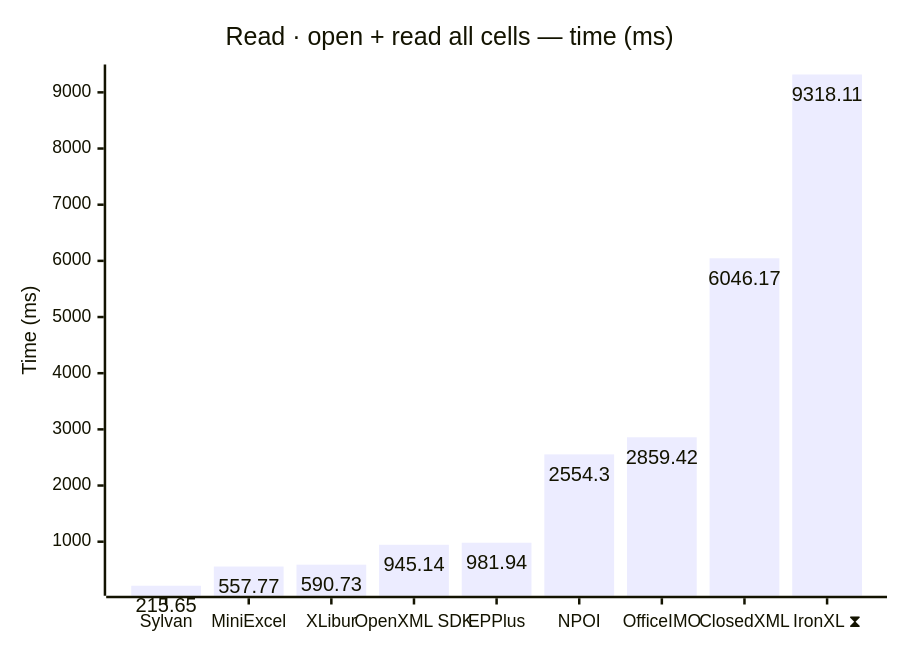
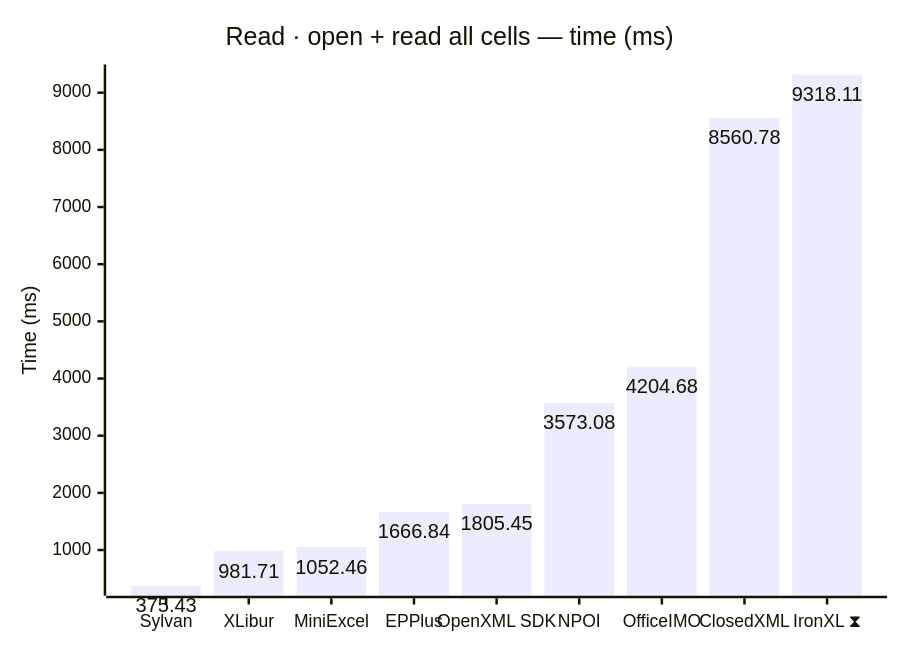
The third of 18 diagrams in docs/results-ci.md (jafin/XLBench), drawn with Mermaid before and after one commit. The commit also changed other lines of this file, not shown here.

````diff
--- a/docs/results-ci.md
+++ b/docs/results-ci.md
@@ -69,12 +69,12 @@
 ```mermaid
 ---
 config:
   xyChart:
     showDataLabel: true
 ---
 xychart-beta
     title "Read · open + read all cells — time (ms)"
-    x-axis ["Sylvan", "MiniExcel", "XLibur", "OpenXML SDK", "EPPlus", "NPOI", "OfficeIMO", "ClosedXML", "IronXL ⧗"]
+    x-axis ["Sylvan", "XLibur", "MiniExcel", "EPPlus", "OpenXML SDK", "NPOI", "OfficeIMO", "ClosedXML", "IronXL ⧗"]
     y-axis "Time (ms)"
-    bar [215.65, 557.77, 590.73, 945.14, 981.94, 2554.3, 2859.42, 6046.17, 9318.11]
+    bar [375.43, 981.71, 1052.46, 1666.84, 1805.45, 3573.08, 4204.68, 8560.78, 9318.11]
 ```
````
